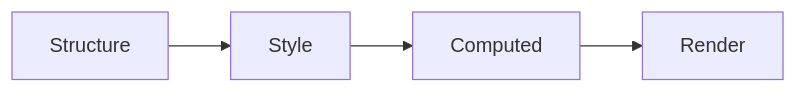
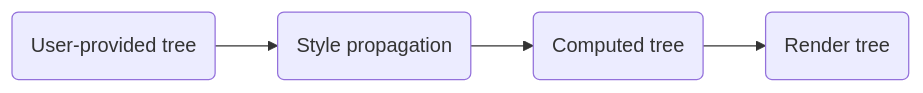
Before and after one commit to jwmcglynn/donner: the diagram in docs/ecs.md, drawn with Mermaid. The commit also changed other lines of this file and 1 other file, not shown here.

````diff
--- a/docs/ecs.md
+++ b/docs/ecs.md
@@ -82,6 +97,11 @@
 ```mermaid
-graph LR;
-    Structure-->Style;
-    Style-->Computed;
-    Computed-->Render;
+graph LR
+    User(User-provided tree)
+    Style(Style propagation)
+    Computed(Computed tree)
+    Render(Render tree)
+
+    User-->Style
+    Style-->Computed
+    Computed-->Render
 ```
````
